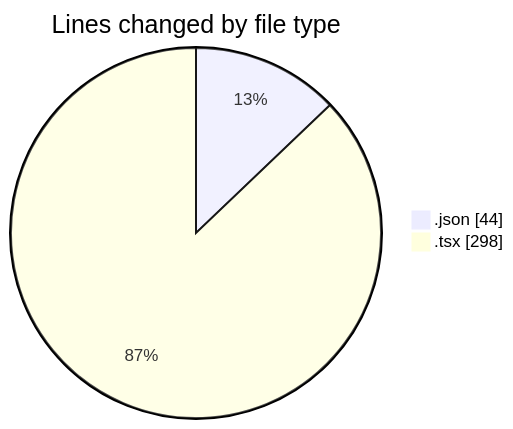
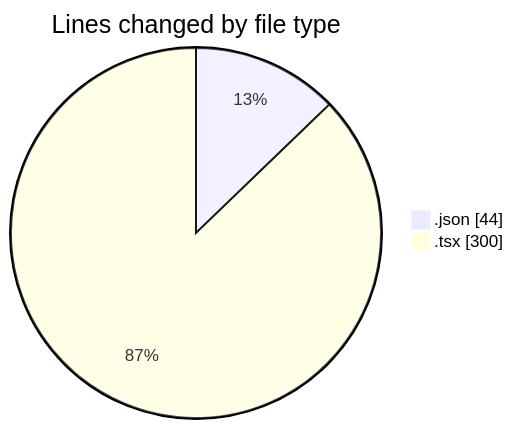
The first of 2 diagrams in 2025-03-18/peregrino-web/README.md (robertbonfada/code-tracking), drawn with Mermaid before and after one commit. The commit also changed other lines of this file and 1 other file, not shown here.

````diff
--- a/2025-03-18/peregrino-web/README.md
+++ b/2025-03-18/peregrino-web/README.md
@@ -24,6 +24,6 @@
 ```mermaid
 pie showData
 title Lines changed by file type
 ".json" : 44
-".tsx" : 298
+".tsx" : 300
 ```
````
